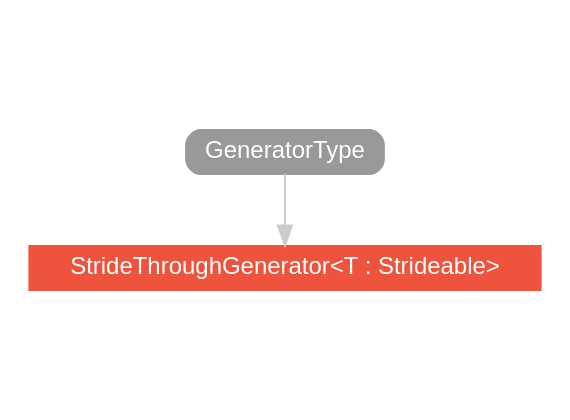
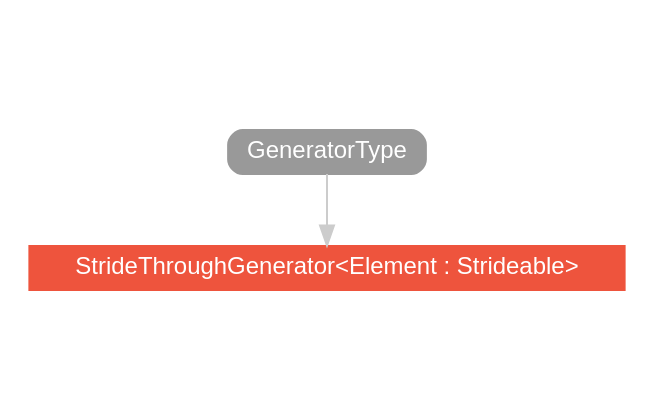
Before and after one commit to SwiftDocOrg/swiftdoc.org: the diagram in swift-2/type/StrideThroughGenerator/hierarchy/index.dot, drawn with Graphviz. The commit also changed 541 other files, not shown here.

```diff
--- a/swift-2/type/StrideThroughGenerator/hierarchy/index.dot
+++ b/swift-2/type/StrideThroughGenerator/hierarchy/index.dot
@@ -1,10 +1,10 @@
-strict digraph "StrideThroughGenerator<T : Strideable> - Type Hierarchy - SwiftDoc.org" {
+strict digraph "StrideThroughGenerator<Element : Strideable> - Type Hierarchy - SwiftDoc.org" {
     pad="0.1,0.8"
     node [shape=box, style="filled,rounded", color="#999999", fillcolor="#999999", fontcolor=white, fontname=Helvetica, fontnames="Helvetica,sansserif", fontsize=12, margin="0.07,0.05", height="0.3"]
     edge [color="#cccccc"]
     "GeneratorType" [URL="/protocol/GeneratorType/"]
-    "StrideThroughGenerator<T : Strideable>" [URL="/type/StrideThroughGenerator/", style="filled", fillcolor="#ee543d", color="#ee543d"]    "GeneratorType" -> "StrideThroughGenerator<T : Strideable>"
+    "StrideThroughGenerator<Element : Strideable>" [URL="/type/StrideThroughGenerator/", style="filled", fillcolor="#ee543d", color="#ee543d"]    "GeneratorType" -> "StrideThroughGenerator<Element : Strideable>"
     subgraph Types {
-        rank = max; "StrideThroughGenerator<T : Strideable>";
+        rank = max; "StrideThroughGenerator<Element : Strideable>";
     }
 }
```
